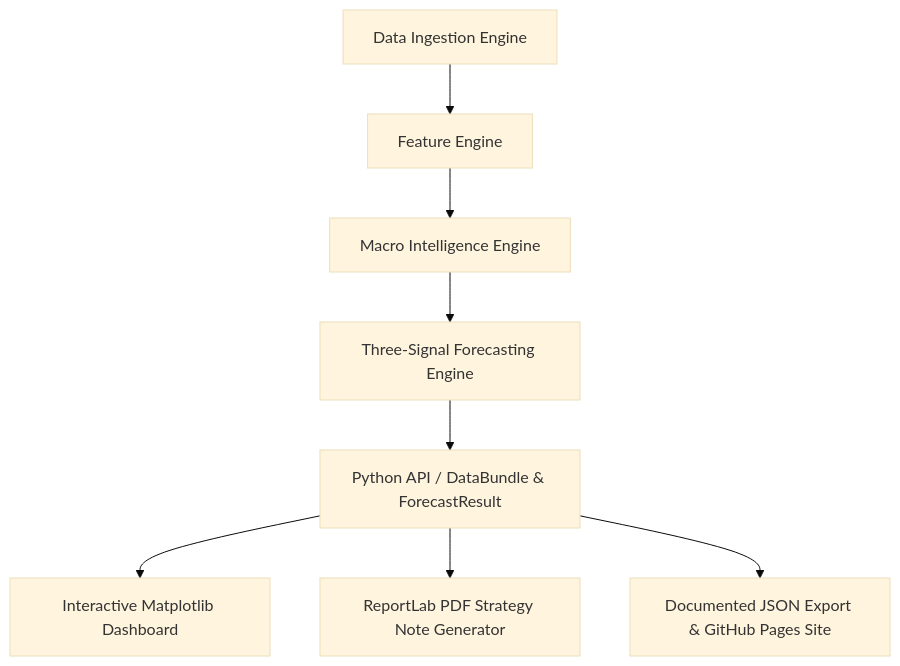
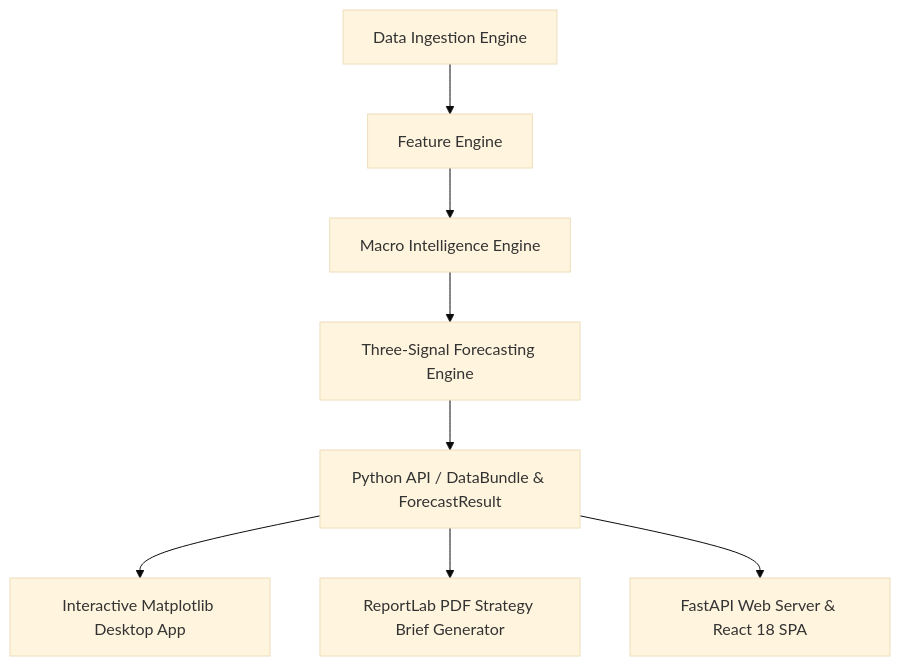
The diagram in README.md (VIJNESH200/macro_intelligence_platform), drawn with Mermaid (base theme) before and after one commit. The commit also changed other lines of this file, not shown here.

Commit message:
docs(readme): update README with live Vercel web app link, hybrid cloud architecture, and recent quantitative engine enhancements

````diff
--- a/README.md
+++ b/README.md
@@ -68,10 +111,10 @@
 ```mermaid
 flowchart TD
     A[Data Ingestion Engine] --> B[Feature Engine]
     B --> C[Macro Intelligence Engine]
     C --> D[Three-Signal Forecasting Engine]
     D --> E[Python API / DataBundle & ForecastResult]
-    E --> F[Interactive Matplotlib Dashboard]
-    E --> G[ReportLab PDF Strategy Note Generator]
-    E --> H[Documented JSON Export & GitHub Pages Site]
+    E --> F[Interactive Matplotlib Desktop App]
+    E --> G[ReportLab PDF Strategy Brief Generator]
+    E --> H[FastAPI Web Server & React 18 SPA]
 ```
````
